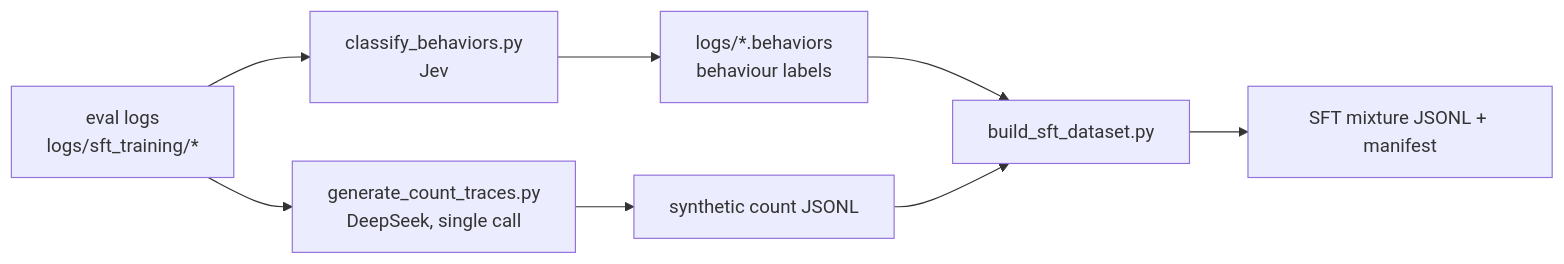
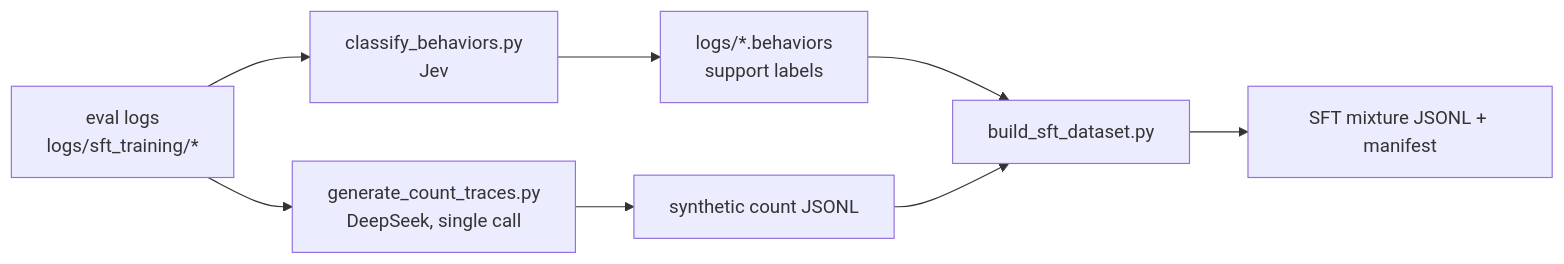
Before and after one commit to rpo19/ReFactX: the diagram in error_categorization/sft_pipeline.md, drawn with Mermaid. The commit also changed other lines of this file and 8 other files, not shown here.

````diff
--- a/error_categorization/sft_pipeline.md
+++ b/error_categorization/sft_pipeline.md
@@ -6,10 +6,10 @@
 ```mermaid
 flowchart LR
     A[eval logs<br/>logs/sft_training/*] --> B[classify_behaviors.py<br/>Jev]
-    B --> C[logs/*.behaviors<br/>behaviour labels]
+    B --> C[logs/*.behaviors<br/>support labels]
     A --> D[generate_count_traces.py<br/>DeepSeek, single call]
     D --> E[synthetic count JSONL]
     C --> F[build_sft_dataset.py]
     E --> F
     F --> G[SFT mixture JSONL + manifest]
 ```
````
